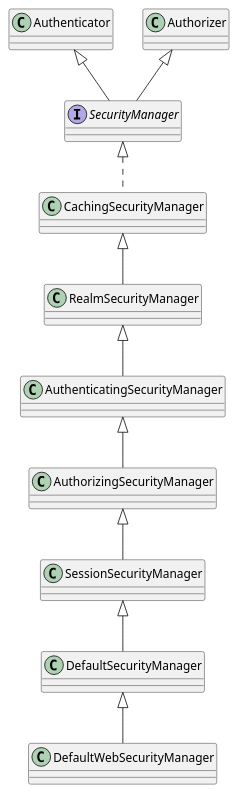
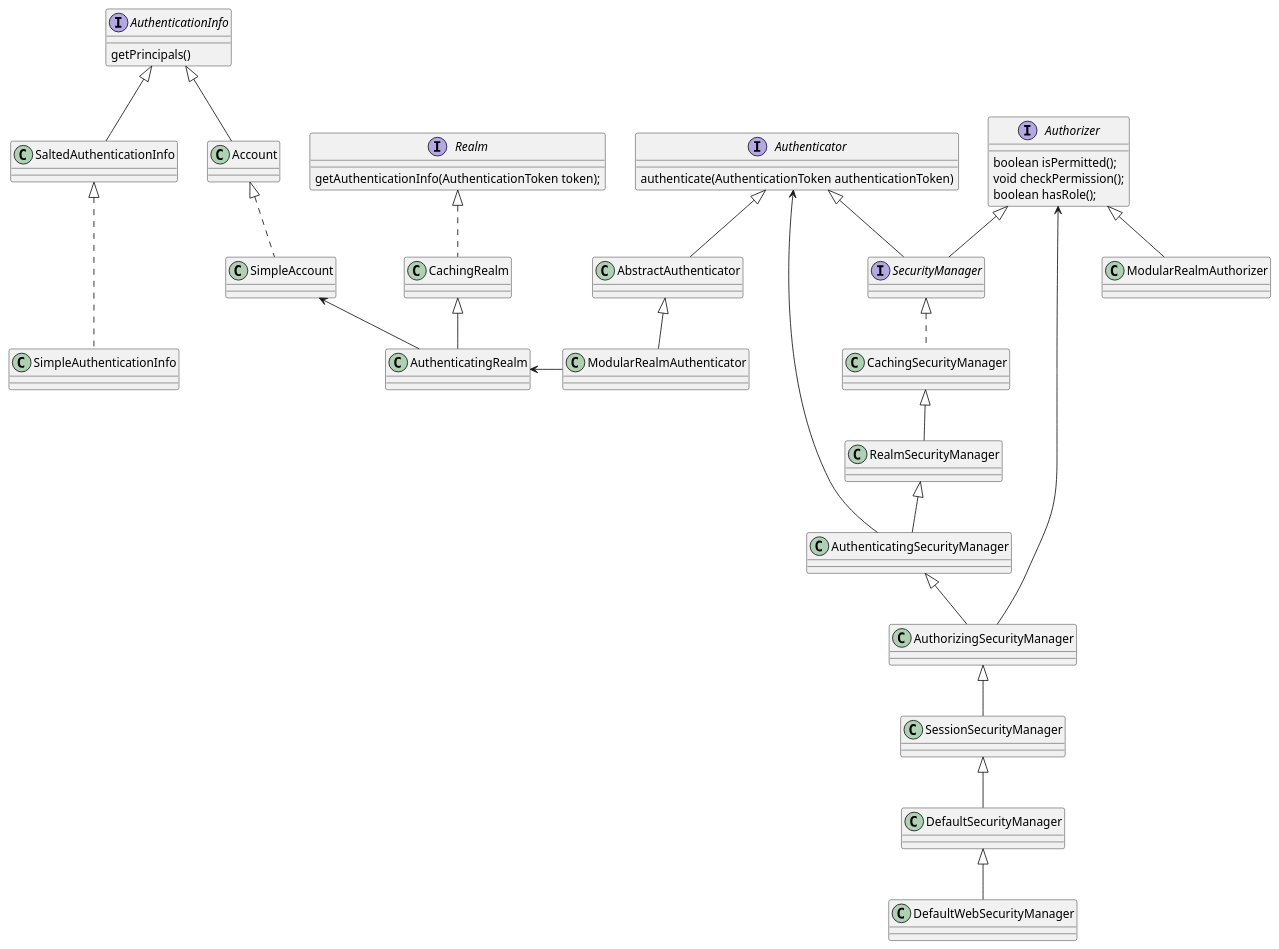
One commit to ljhupahu/MyProject changed the diagram in shiro/A_Class_UML/Login.puml. Above: the diagram before and after it, drawn with PlantUML. The commit also changed 3 other files, not shown here.

Commit message:
add uml file

```diff
--- a/shiro/A_Class_UML/Login.puml
+++ b/shiro/A_Class_UML/Login.puml
@@ -1,16 +1,52 @@
 @startuml
 
 interface SecurityManager
+interface Realm{
+    getAuthenticationInfo(AuthenticationToken token);
+}
 
+interface Authenticator{
+    authenticate(AuthenticationToken authenticationToken)
+}
+
+interface Authorizer{
+    boolean isPermitted();
+    void checkPermission();
+    boolean hasRole();
+}
+
+interface AuthenticationInfo{
+    getPrincipals()
+}
+
+AuthenticationInfo <|-- SaltedAuthenticationInfo
+AuthenticationInfo <|-- Account
+Account <|.. SimpleAccount
+SaltedAuthenticationInfo <|-.. SimpleAuthenticationInfo
+SimpleAccount <-- AuthenticatingRealm
+
+Authenticator <-- AuthenticatingSecurityManager
 Authenticator <|-- SecurityManager
+Authenticator <|-- AbstractAuthenticator
+AbstractAuthenticator <|-- ModularRealmAuthenticator
+
 Authorizer <|-- SecurityManager
+Authorizer <-- AuthorizingSecurityManager
+Authorizer <|-- ModularRealmAuthorizer
+
 SecurityManager <|.. CachingSecurityManager
 CachingSecurityManager <|-- RealmSecurityManager
 RealmSecurityManager <|-- AuthenticatingSecurityManager
+
 AuthenticatingSecurityManager <|-- AuthorizingSecurityManager
+AuthorizingSecurityManager <|-- SessionSecurityManager
+
+SessionSecurityManager <|-- DefaultSecurityManager
+DefaultSecurityManager <|-- DefaultWebSecurityManager
+
+Realm <|.. CachingRealm
+CachingRealm <|-- AuthenticatingRealm
+AuthenticatingRealm <- ModularRealmAuthenticator
 
 
-AuthorizingSecurityManager <|-- SessionSecurityManager
-SessionSecurityManager <|-- DefaultSecurityManager
-DefaultSecurityManager <|-- DefaultWebSecurityManager
 @enduml
```
